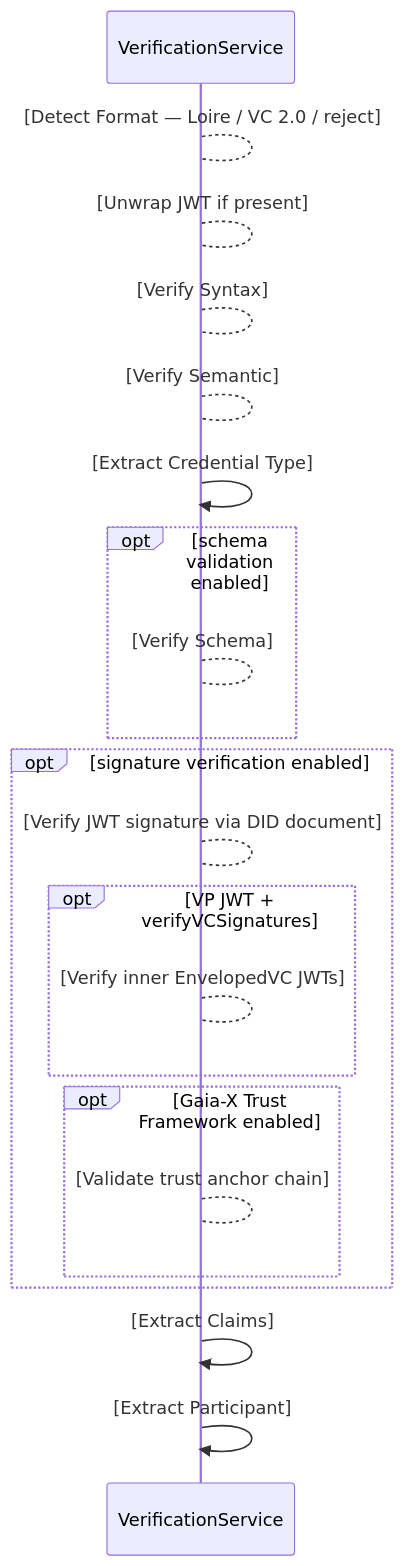
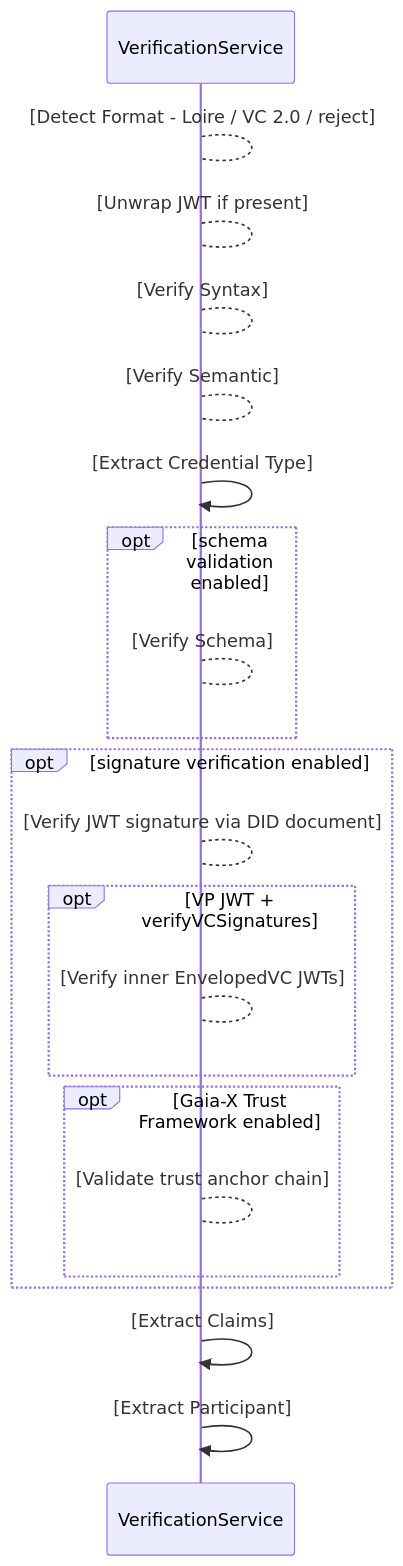
One commit to stevenschwenke/federated-catalogue-docs changed diagram 43 of 44 in federated-catalogue/src/docs/architecture/chapters/06_runtime_view.adoc. Above: the diagram before and after it, drawn with Mermaid. The commit also changed other lines of this file and 1 other file, not shown here.

Commit message:
Fix Mermaid CLI setup

```diff
--- a/federated-catalogue/src/docs/architecture/chapters/06_runtime_view.adoc
+++ b/federated-catalogue/src/docs/architecture/chapters/06_runtime_view.adoc
@@ -1347,23 +1347,23 @@
 [mermaid, width=2000]
 ....
 sequenceDiagram
-    VerificationService --> VerificationService:[Detect Format — Loire / VC 2.0 / reject]
+    VerificationService --> VerificationService:[Detect Format - Loire / VC 2.0 / reject]
     VerificationService --> VerificationService:[Unwrap JWT if present]
     VerificationService --> VerificationService:[Verify Syntax]
     VerificationService --> VerificationService:[Verify Semantic]
     VerificationService ->> VerificationService:[Extract Credential Type]
     opt schema validation enabled
         VerificationService --> VerificationService:[Verify Schema]
     end
     opt signature verification enabled
         VerificationService --> VerificationService:[Verify JWT signature via DID document]
         opt VP JWT + verifyVCSignatures
             VerificationService --> VerificationService:[Verify inner EnvelopedVC JWTs]
         end
         opt Gaia-X Trust Framework enabled
             VerificationService --> VerificationService:[Validate trust anchor chain]
         end
     end
     VerificationService ->> VerificationService:[Extract Claims]
     VerificationService ->> VerificationService:[Extract Participant]
 ....
```
